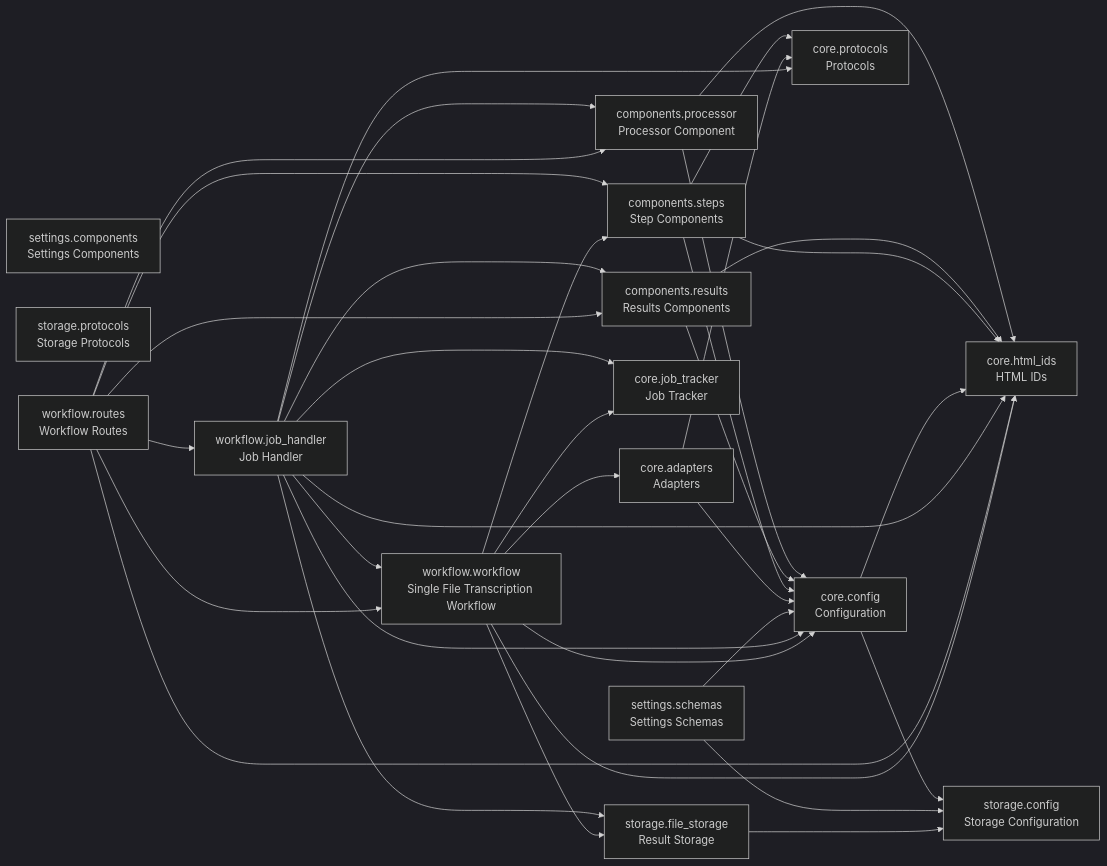
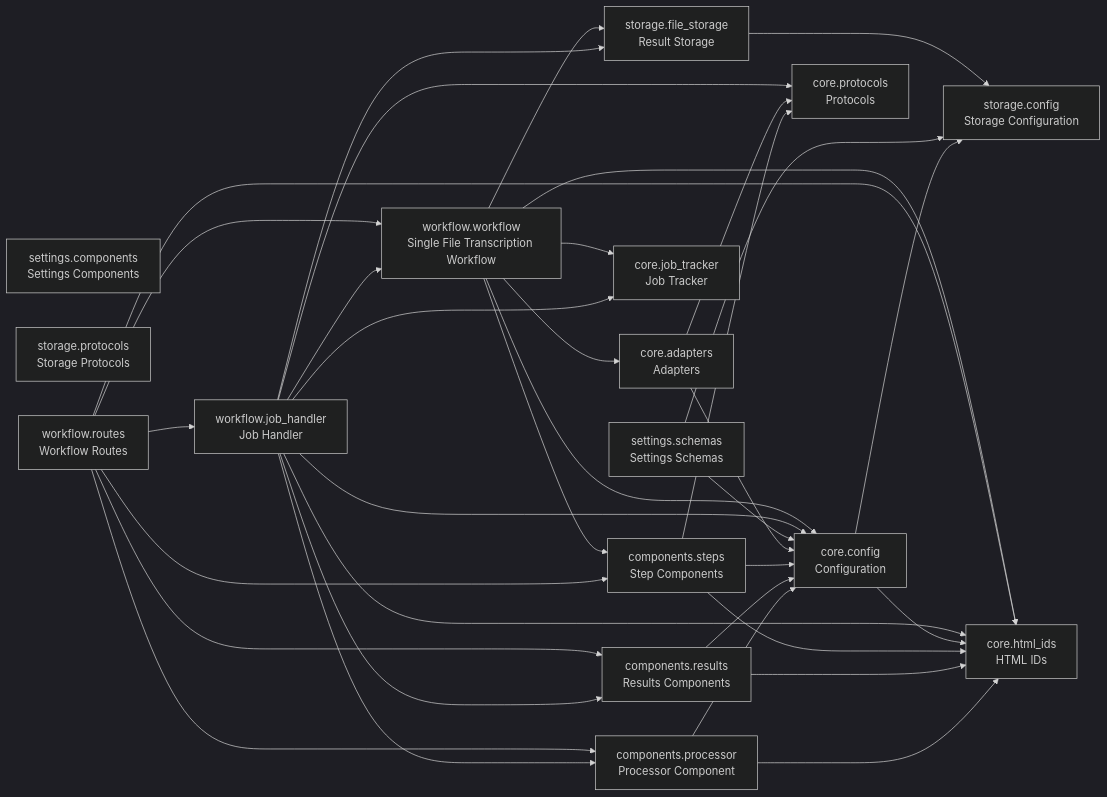
The diagram in README.md (cj-mills/cjm-fasthtml-workflow-transcription-single-file), drawn with Mermaid (dark theme) before and after one commit. The commit also changed other lines of this file and 21 other files, not shown here.

````diff
--- a/README.md
+++ b/README.md
@@ -41,54 +41,54 @@
 ``` mermaid
 graph LR
     components_processor[components.processor<br/>Processor Component]
     components_results[components.results<br/>Results Components]
     components_steps[components.steps<br/>Step Components]
     core_adapters[core.adapters<br/>Adapters]
     core_config[core.config<br/>Configuration]
     core_html_ids[core.html_ids<br/>HTML IDs]
     core_job_tracker[core.job_tracker<br/>Job Tracker]
     core_protocols[core.protocols<br/>Protocols]
     settings_components[settings.components<br/>Settings Components]
     settings_schemas[settings.schemas<br/>Settings Schemas]
     storage_config[storage.config<br/>Storage Configuration]
     storage_file_storage[storage.file_storage<br/>Result Storage]
     storage_protocols[storage.protocols<br/>Storage Protocols]
     workflow_job_handler[workflow.job_handler<br/>Job Handler]
     workflow_routes[workflow.routes<br/>Workflow Routes]
     workflow_workflow[workflow.workflow<br/>Single File Transcription Workflow]
 
     components_processor --> core_config
     components_processor --> core_html_ids
     components_results --> core_config
     components_results --> core_html_ids
-    components_steps --> core_protocols
     components_steps --> core_config
     components_steps --> core_html_ids
+    components_steps --> core_protocols
     core_adapters --> core_protocols
     core_adapters --> core_config
     core_config --> core_html_ids
     core_config --> storage_config
     settings_schemas --> core_config
     settings_schemas --> storage_config
     storage_file_storage --> storage_config
+    workflow_job_handler --> core_job_tracker
+    workflow_job_handler --> components_processor
+    workflow_job_handler --> workflow_workflow
+    workflow_job_handler --> core_protocols
     workflow_job_handler --> components_results
-    workflow_job_handler --> components_processor
-    workflow_job_handler --> core_job_tracker
-    workflow_job_handler --> core_protocols
-    workflow_job_handler --> storage_file_storage
     workflow_job_handler --> core_config
     workflow_job_handler --> core_html_ids
-    workflow_job_handler --> workflow_workflow
+    workflow_job_handler --> storage_file_storage
+    workflow_routes --> components_processor
+    workflow_routes --> workflow_job_handler
+    workflow_routes --> workflow_workflow
+    workflow_routes --> components_results
     workflow_routes --> components_steps
-    workflow_routes --> components_results
-    workflow_routes --> components_processor
-    workflow_routes --> workflow_workflow
-    workflow_routes --> workflow_job_handler
     workflow_routes --> core_html_ids
+    workflow_workflow --> core_job_tracker
     workflow_workflow --> storage_file_storage
-    workflow_workflow --> core_job_tracker
+    workflow_workflow --> components_steps
     workflow_workflow --> core_config
+    workflow_workflow --> core_html_ids
     workflow_workflow --> core_adapters
-    workflow_workflow --> components_steps
-    workflow_workflow --> core_html_ids
 ```
````
